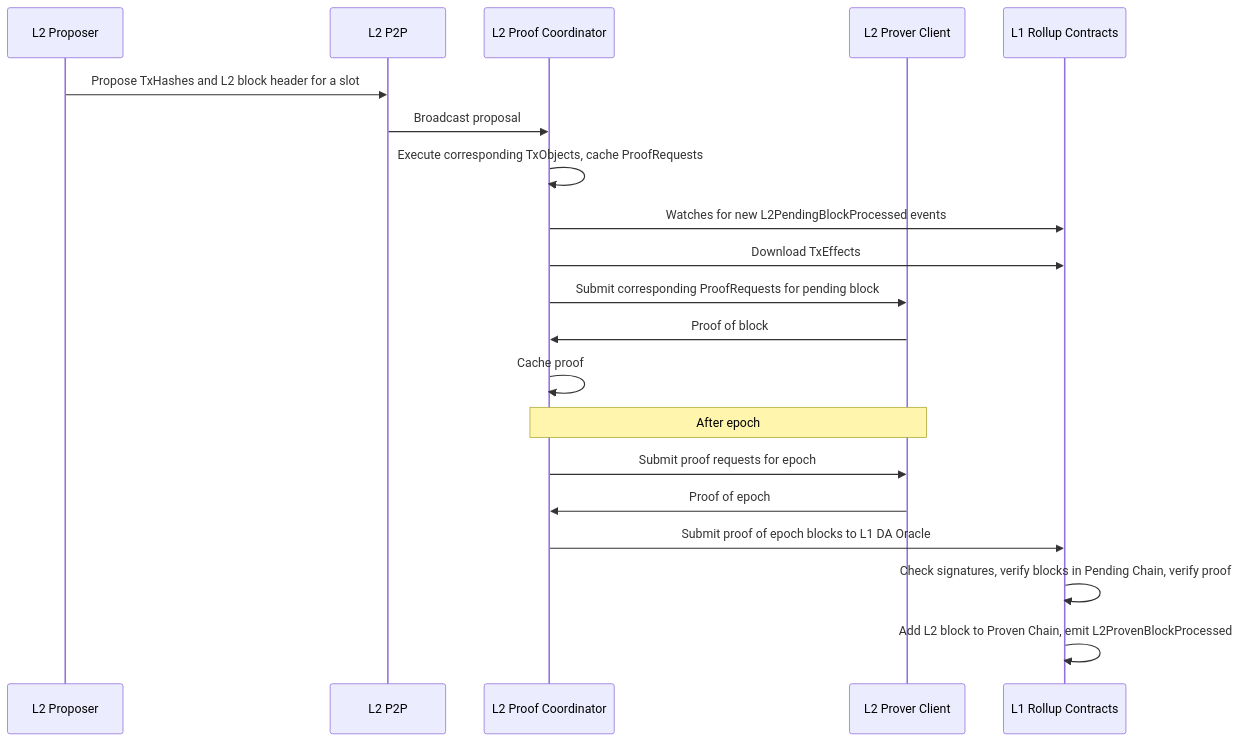
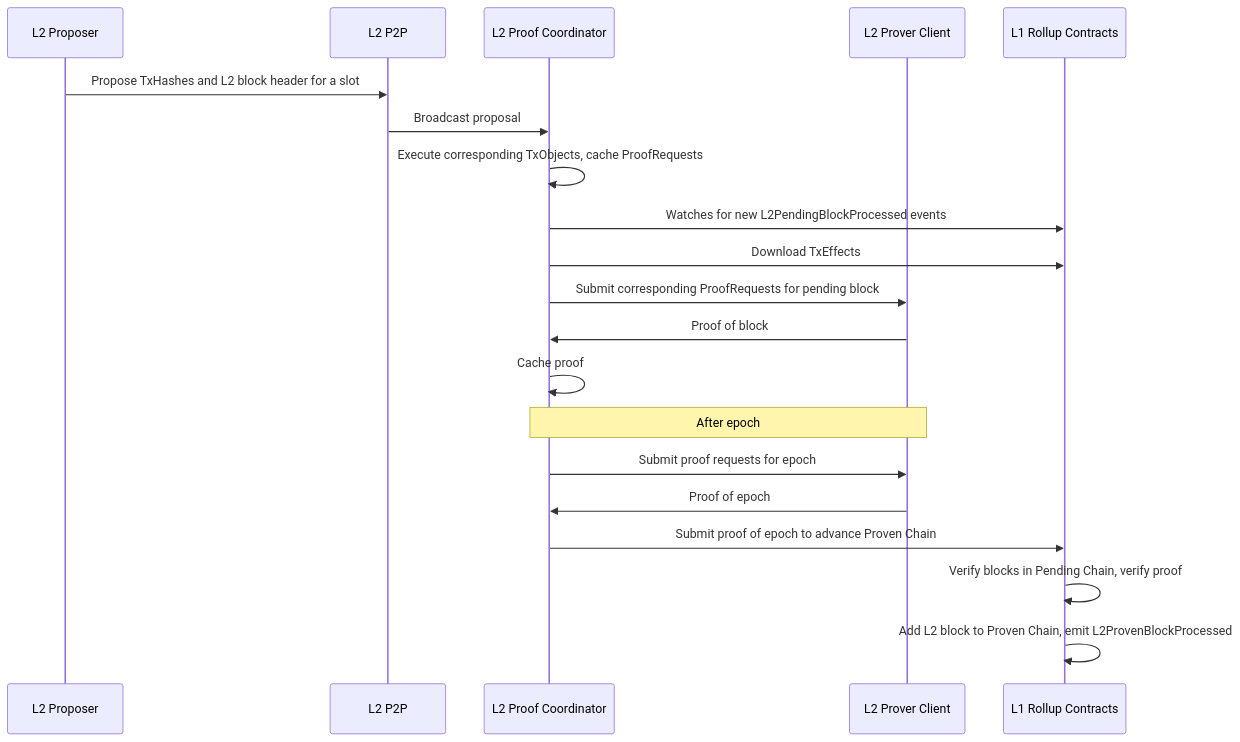
Before and after one commit to AztecProtocol/engineering-designs: the second of 2 diagrams in in-progress/7482-sequencer-prover-test-net.md, drawn with Mermaid. The commit also changed other lines of this file, not shown here.

````diff
--- a/in-progress/7482-sequencer-prover-test-net.md
+++ b/in-progress/7482-sequencer-prover-test-net.md
@@ -168,23 +169,23 @@
 ```mermaid
 sequenceDiagram
     participant P as L2 Proposer
     participant MP as L2 P2P
     participant PC as L2 Proof Coordinator
     participant PM as L2 Prover Client
     participant L1R as L1 Rollup Contracts
 
     P->>MP: Propose TxHashes and L2 block header for a slot 
     MP->>PC: Broadcast proposal
     PC->>PC: Execute corresponding TxObjects, cache ProofRequests
     PC->>L1R: Watches for new L2PendingBlockProcessed events
     PC->>L1R: Download TxEffects
     PC->>PM: Submit corresponding ProofRequests for pending block
     PM->>PC: Proof of block
     PC->>PC: Cache proof
     Note over PC,PM: After epoch
     PC->>PM: Submit proof requests for epoch
     PM->>PC: Proof of epoch
-    PC->>L1R: Submit proof of epoch blocks to L1 DA Oracle
-    L1R->>L1R: Check signatures, verify blocks in Pending Chain, verify proof
+    PC->>L1R: Submit proof of epoch to advance Proven Chain
+    L1R->>L1R: Verify blocks in Pending Chain, verify proof
     L1R->>L1R: Add L2 block to Proven Chain, emit L2ProvenBlockProcessed
 ```
````
